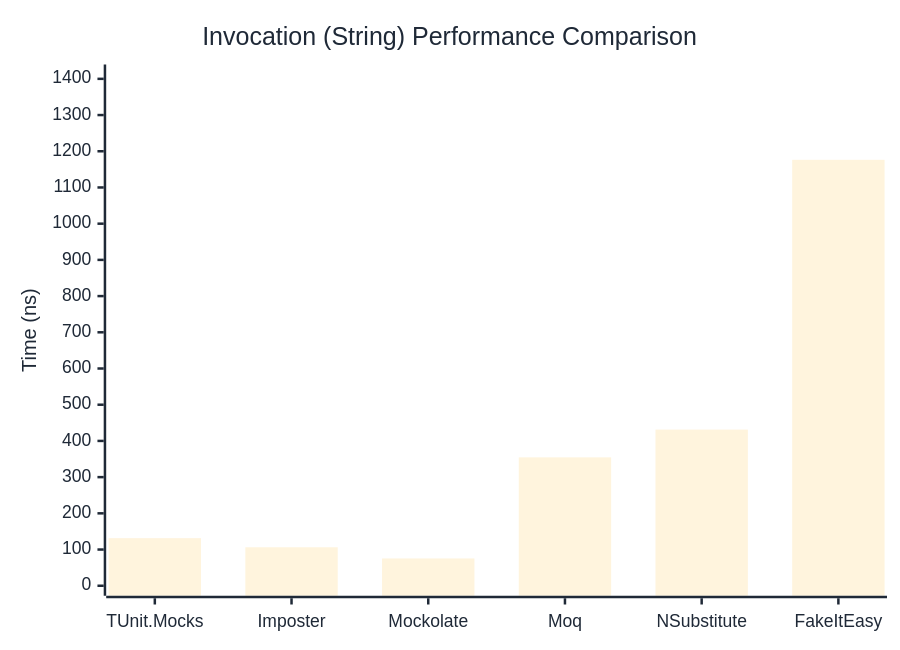
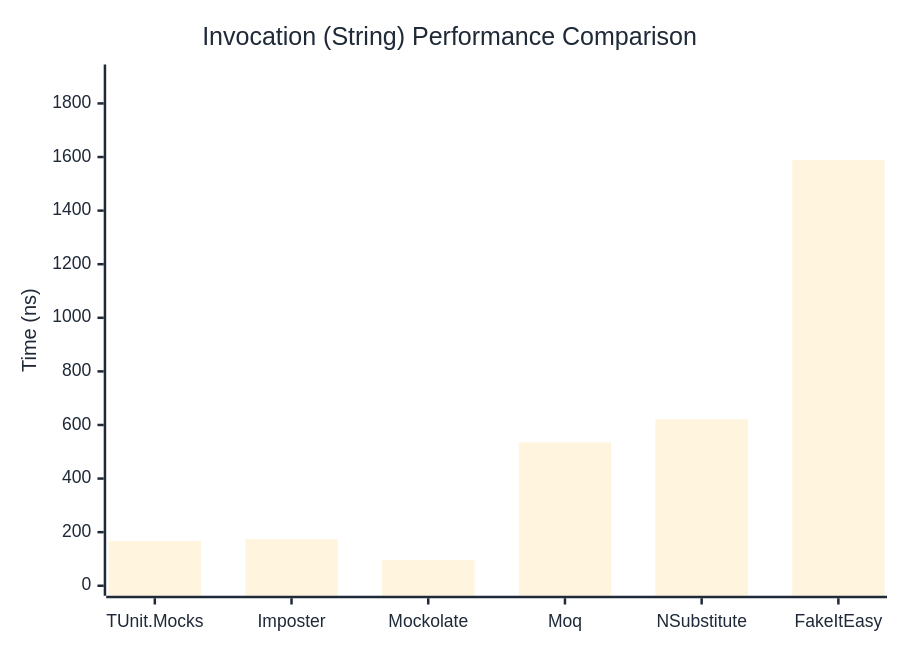
Before and after one commit to thomhurst/TUnit: the second of 3 diagrams in docs/docs/benchmarks/mocks/Invocation.md, drawn with Mermaid. The commit also changed other lines of this file and 14 other files, not shown here.

````diff
--- a/docs/docs/benchmarks/mocks/Invocation.md
+++ b/docs/docs/benchmarks/mocks/Invocation.md
@@ -71,27 +71,27 @@
 ```mermaid
 %%{init: {
   'theme':'base',
   'themeVariables': {
     'primaryColor': '#2563eb',
     'primaryTextColor': '#1f2937',
     'primaryBorderColor': '#1e40af',
     'lineColor': '#6b7280',
     'secondaryColor': '#7c3aed',
     'tertiaryColor': '#dc2626',
     'background': '#ffffff',
     'pie1': '#2563eb',
     'pie2': '#7c3aed',
     'pie3': '#dc2626',
     'pie4': '#f59e0b',
     'pie5': '#10b981',
     'pie6': '#06b6d4',
     'pie7': '#ec4899',
     'pie8': '#6366f1'
   }
 }}%%
 xychart-beta
   title "Invocation (String) Performance Comparison"
   x-axis ["TUnit.Mocks", "Imposter", "Mockolate", "Moq", "NSubstitute", "FakeItEasy"]
-  y-axis "Time (ns)" 0 --> 1412
-  bar [131.47, 106.28, 75.37, 354.56, 431.3, 1176.39]
+  y-axis "Time (ns)" 0 --> 1908
+  bar [166.44, 174.4, 95.88, 534.98, 621.58, 1589.36]
 ```
````
